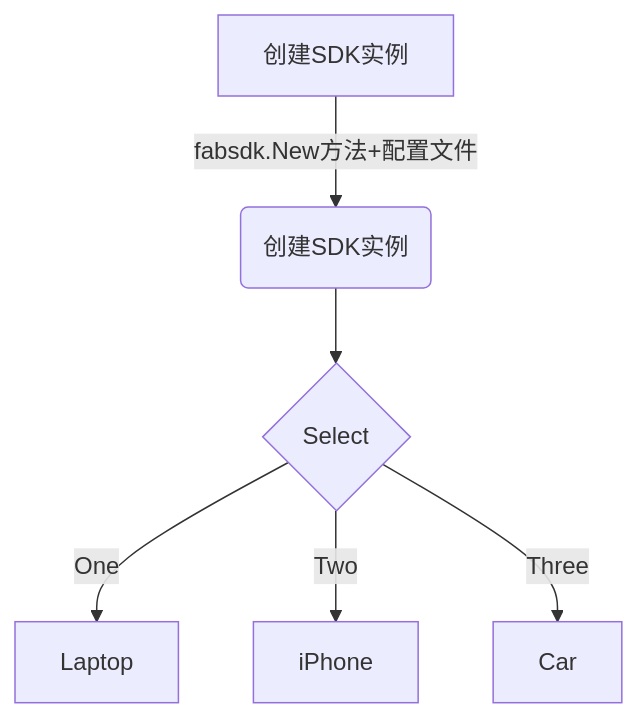
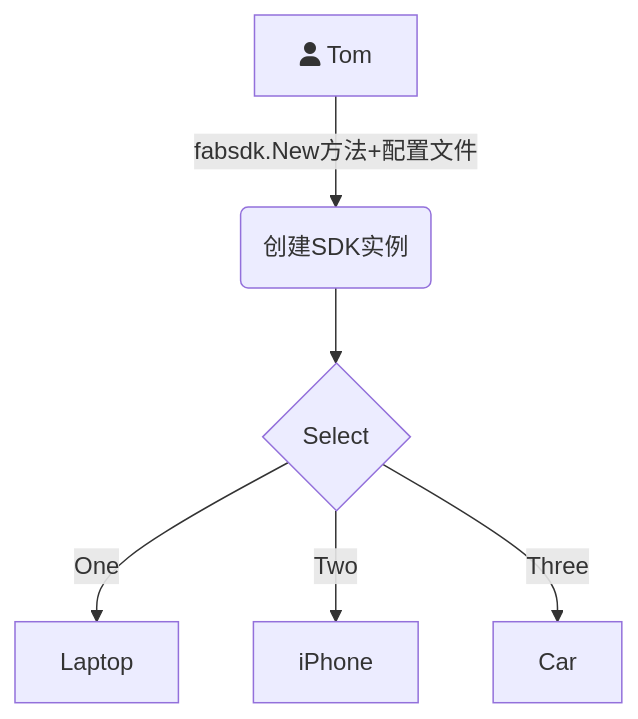
Before and after one commit to Utekichan/iodraw-files: the diagram in all/未命名.md, drawn with Mermaid.

Commit message:
2024-03-30 22:05:14 update

````diff
--- a/all/未命名.md
+++ b/all/未命名.md
@@ -1,9 +1,9 @@
 ```mermaid
 graph TD
-    A[创建SDK实例] -->|fabsdk.New方法+配置文件| B(创建SDK实例)
+    A[fa:fa-user Tom] -->|fabsdk.New方法+配置文件| B(创建SDK实例)
     B --> C{Select}
     C -->|One| D[Laptop]
     C -->|Two| E[iPhone]
     C -->|Three| F[Car]
   
 ```
````
